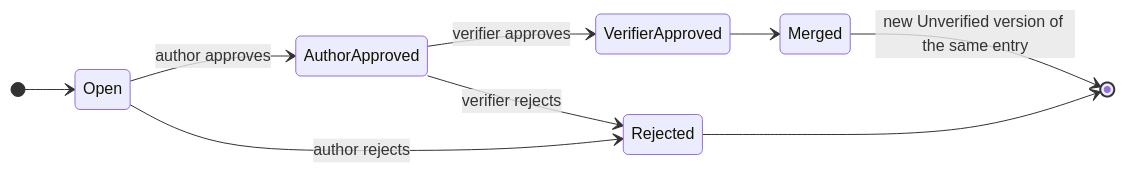
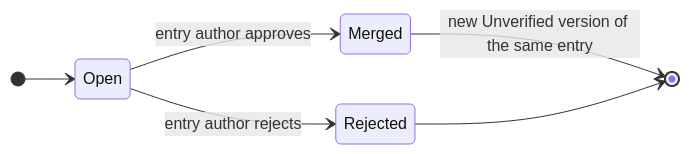
One commit to EgorKorsunskiy/-sdworx--trusted-knowledge-base changed the second of 2 diagrams in FUNCTIONAL_SPEC.md. Above: the diagram before and after it, drawn with Mermaid. The commit also changed other lines of this file and 33 other files, not shown here.

````diff
--- a/FUNCTIONAL_SPEC.md
+++ b/FUNCTIONAL_SPEC.md
@@ -101,12 +101,9 @@
 ```mermaid
 stateDiagram-v2
     direction LR
     [*] --> Open
-    Open --> AuthorApproved: author approves
-    Open --> Rejected: author rejects
-    AuthorApproved --> VerifierApproved: verifier approves
-    AuthorApproved --> Rejected: verifier rejects
-    VerifierApproved --> Merged
+    Open --> Merged: entry author approves
+    Open --> Rejected: entry author rejects
     Merged --> [*]: new Unverified version of the same entry
     Rejected --> [*]
 ```
````
